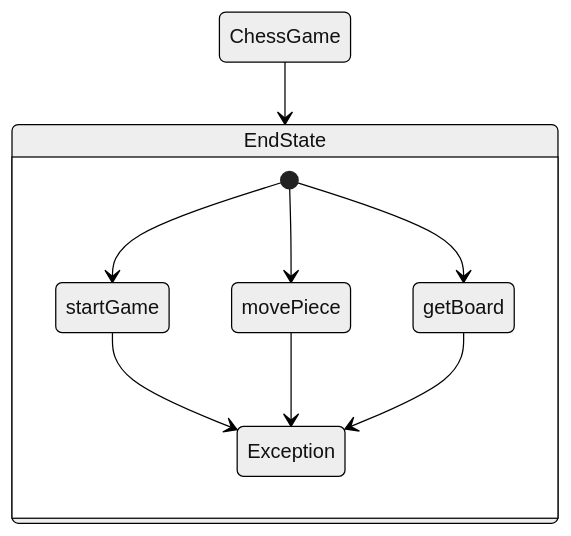
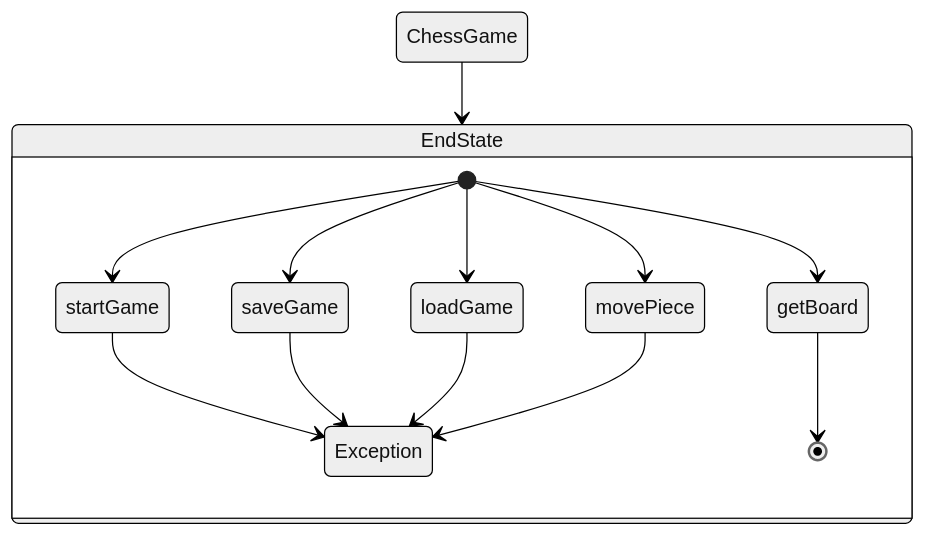
Before and after one commit to woowacourse/java-chess: the sixth of 7 diagrams in README.md, drawn with Mermaid (neutral theme). The commit also changed other lines of this file, not shown here.

Commit message:
docs: DB 설정 정보 추가, 다이어그램 업데이트

````diff
--- a/README.md
+++ b/README.md
@@ -113,12 +121,16 @@
 ```mermaid
 stateDiagram
     ChessGame --> EndState
     state EndState {
         [*] --> startGame
+        [*] --> saveGame
+        [*] --> loadGame
         [*] --> movePiece
         [*] --> getBoard
         startGame --> Exception
+        saveGame --> Exception
+        loadGame --> Exception
         movePiece --> Exception
-        getBoard --> Exception
+        getBoard --> [*]
     }
 ```
````
